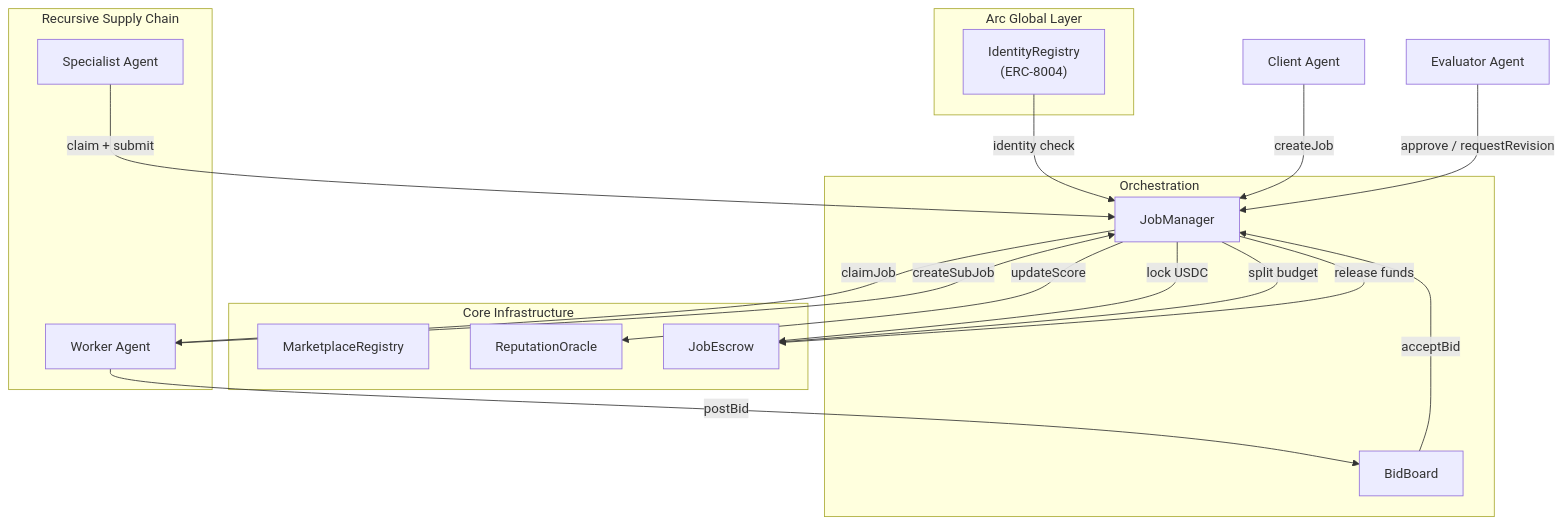
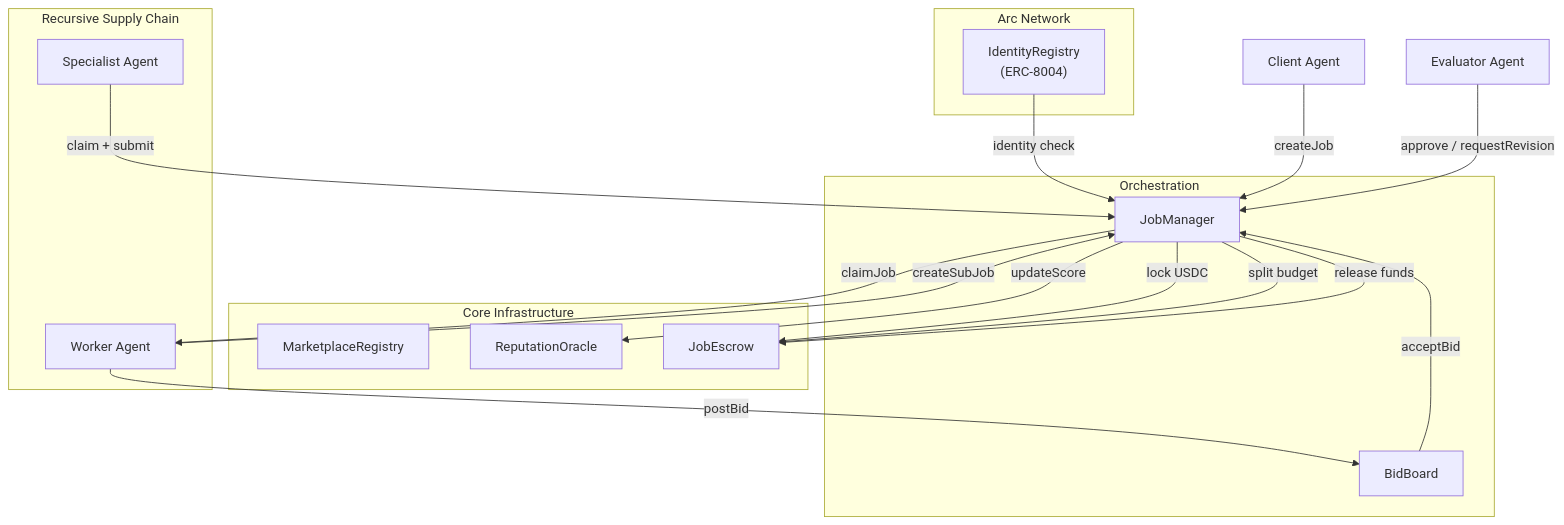
The diagram in README.md (Wizbisy/Arc-Hive), drawn with Mermaid before and after one commit.

````diff
--- a/README.md
+++ b/README.md
@@ -253,35 +253,35 @@
 ```mermaid
 graph TD
-    subgraph "Arc Global Layer"
+    subgraph "Arc Network"
         ArcID["IdentityRegistry\n(ERC-8004)"]
     end
 
     subgraph "Core Infrastructure"
         Registry["MarketplaceRegistry"]
         Oracle["ReputationOracle"]
         Escrow["JobEscrow"]
     end
 
     subgraph "Orchestration"
         Manager["JobManager"]
         Bids["BidBoard"]
     end
 
     ArcID -->|identity check| Manager
 
     Client["Client Agent"] -->|createJob| Manager
     Manager -->|lock USDC| Escrow
     Worker["Worker Agent"] -->|postBid| Bids
     Bids -->|acceptBid| Manager
     Manager -->|claimJob| Worker
 
     subgraph "Recursive Supply Chain"
         Worker -->|createSubJob| Manager
         Manager -->|split budget| Escrow
         Specialist["Specialist Agent"] -->|claim + submit| Manager
     end
 
     Evaluator["Evaluator Agent"] -->|approve / requestRevision| Manager
     Manager -->|release funds| Escrow
     Manager -->|updateScore| Oracle
 ```
````
